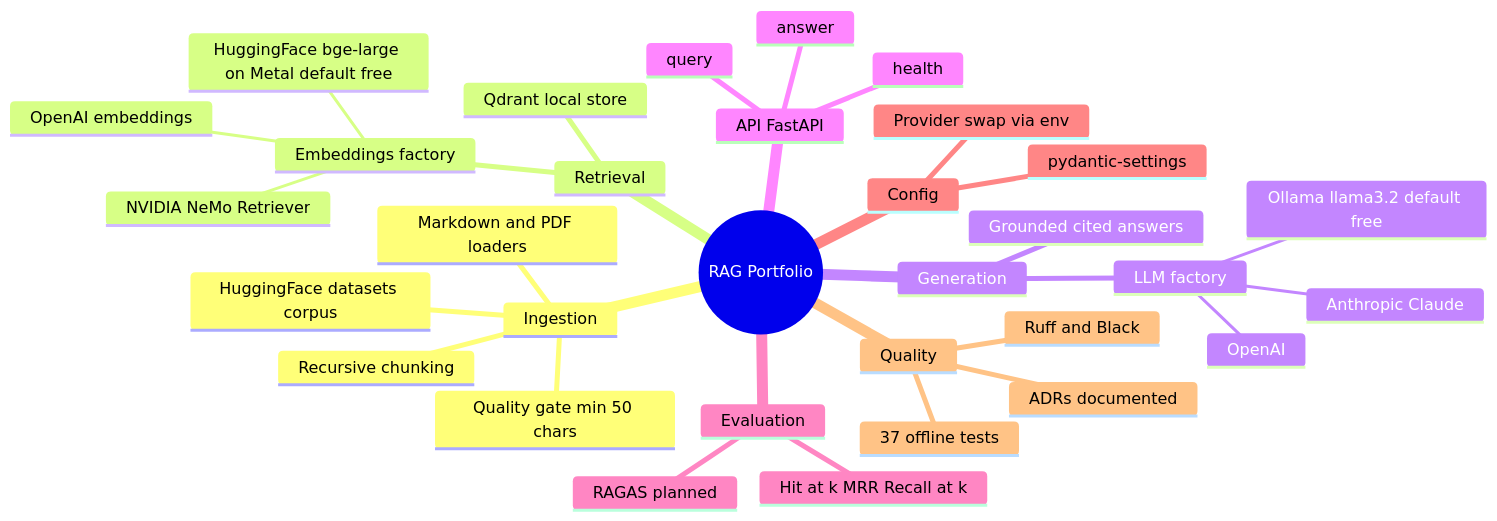
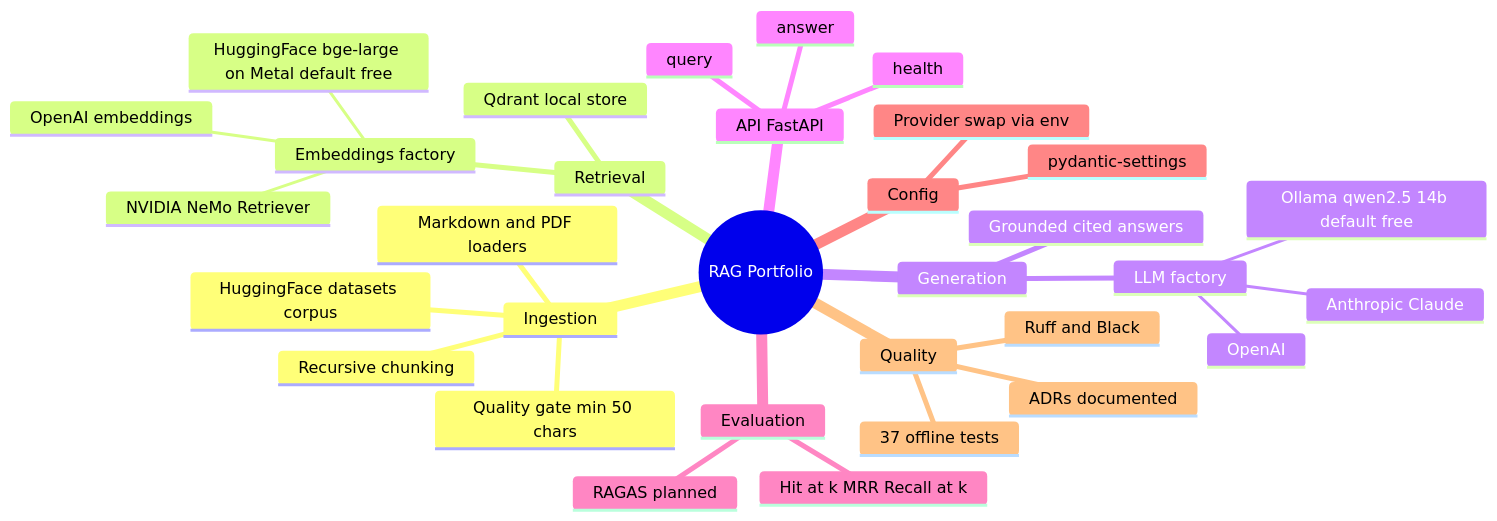
Before and after one commit to ssuresh808/llm-inference-rag: the diagram in README.md, drawn with Mermaid. The commit also changed other lines of this file and 3 other files, not shown here.

First line of the commit message:
chore(config): default LLM to qwen2.5:14b (Ollama) for M4-class generation

````diff
--- a/README.md
+++ b/README.md
@@ -14,35 +14,35 @@
 ```mermaid
 mindmap
   root((RAG Portfolio))
     Ingestion
       Markdown and PDF loaders
       HuggingFace datasets corpus
       Recursive chunking
       Quality gate min 50 chars
     Retrieval
       Qdrant local store
       Embeddings factory
         HuggingFace bge-large on Metal default free
         NVIDIA NeMo Retriever
         OpenAI embeddings
     Generation
       LLM factory
-        Ollama llama3.2 default free
+        Ollama qwen2.5 14b default free
         Anthropic Claude
         OpenAI
       Grounded cited answers
     API FastAPI
       health
       query
       answer
     Evaluation
       Hit at k MRR Recall at k
       RAGAS planned
     Config
       pydantic-settings
       Provider swap via env
     Quality
       37 offline tests
       Ruff and Black
       ADRs documented
 ```
````
